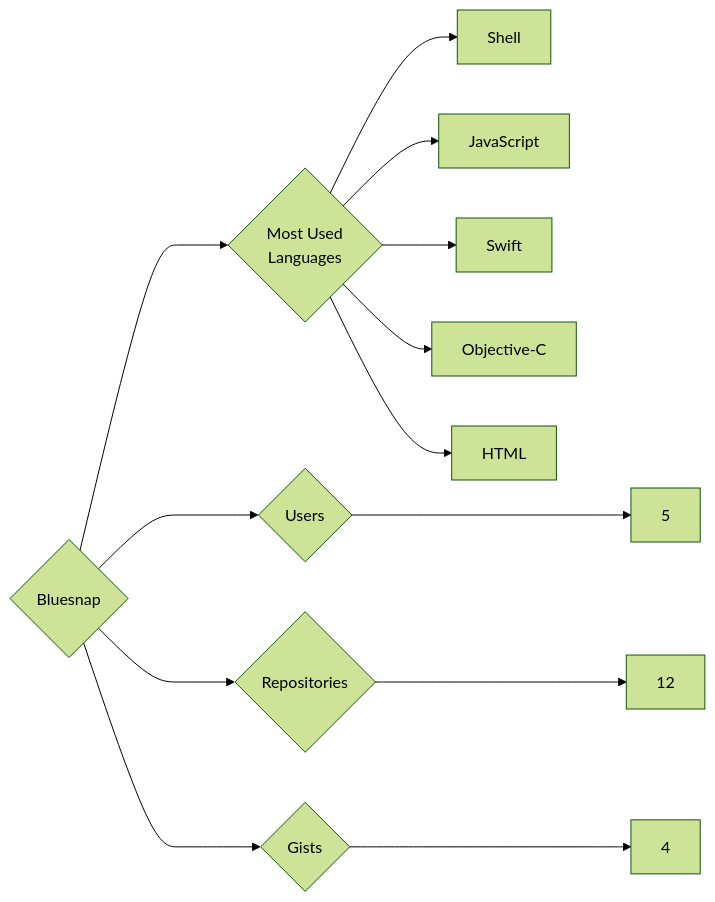
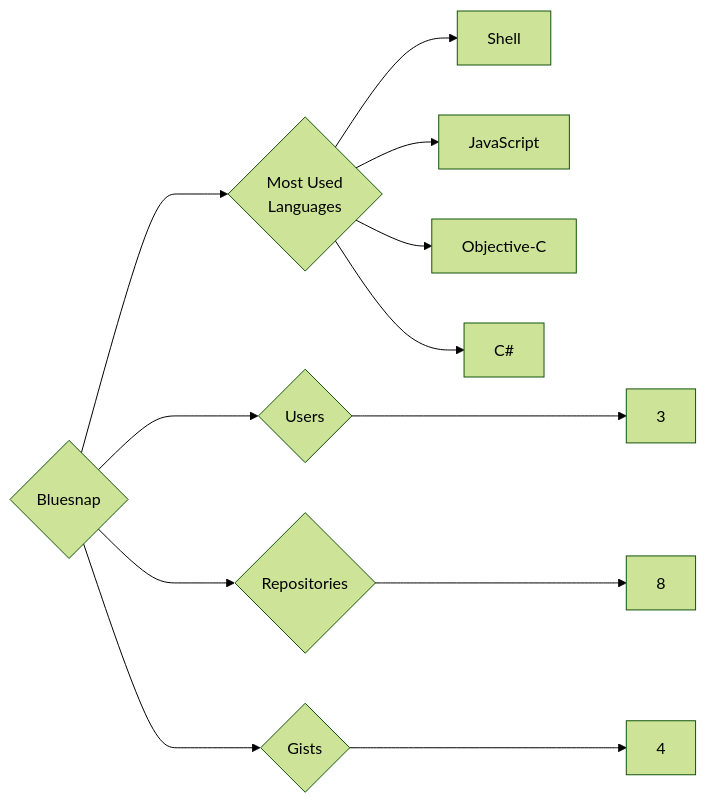
Before and after one commit to trickest/insiders: the diagram in targets/Bluesnap/README.md, drawn with Mermaid (forest theme). The commit also changed 1212 other files, not shown here.

````diff
--- a/targets/Bluesnap/README.md
+++ b/targets/Bluesnap/README.md
@@ -3,13 +3,12 @@
 ```mermaid
 graph LR
 COMPANY_NAME{Bluesnap}
-COMPANY_NAME ---> U{Users} ---> UN[5]
-COMPANY_NAME ---> R{Repositories} ---> RN[12]
+COMPANY_NAME ---> U{Users} ---> UN[3]
+COMPANY_NAME ---> R{Repositories} ---> RN[8]
 COMPANY_NAME ---> G{Gists} ---> GN[4]
 COMPANY_NAME ---> ML{Most Used<br>Languages}
 ML --> Shell[Shell]
 ML --> JavaScript[JavaScript]
-ML --> Swift[Swift]
 ML --> Objective-C[Objective-C]
-ML --> HTML[HTML]
+ML --> C#[C#]
 ```
````
